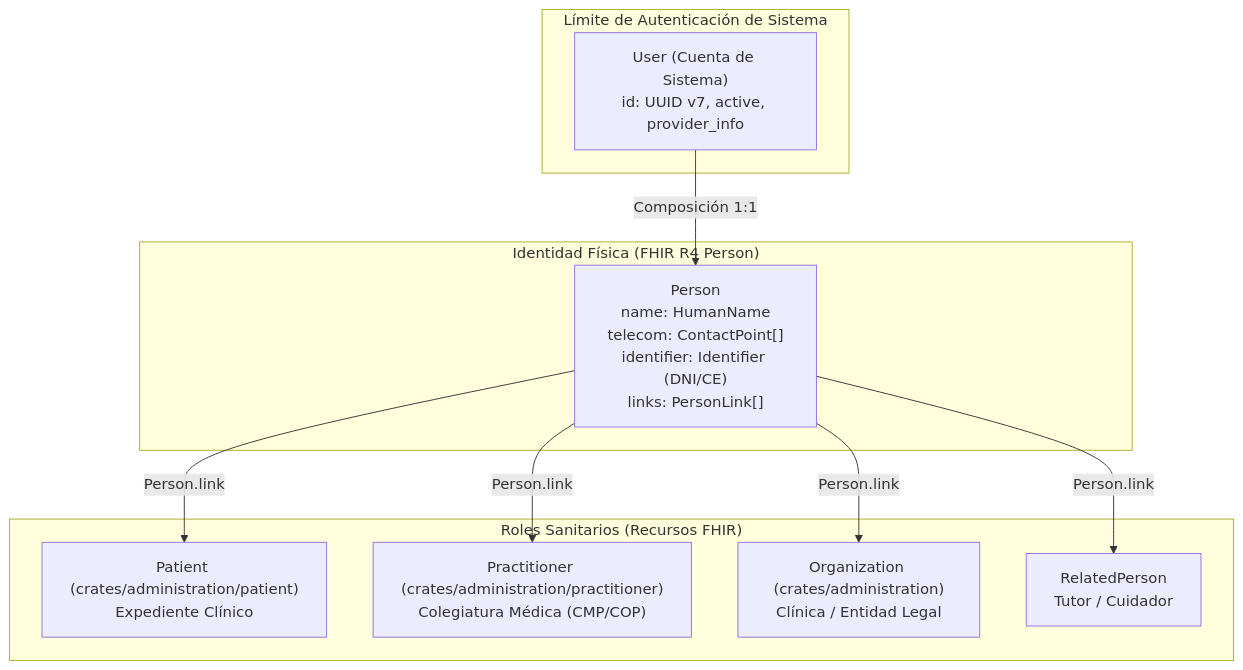
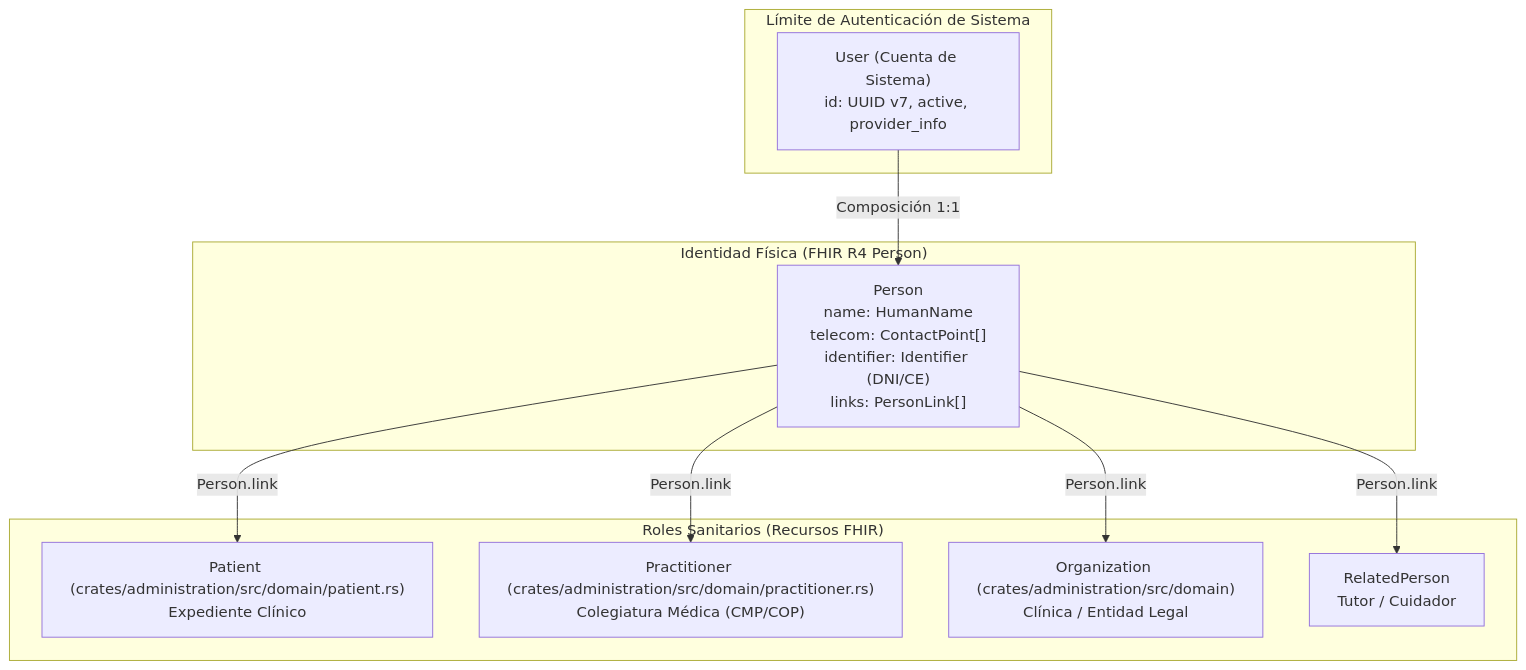
Before and after one commit to mamba-black/my-health-record: the eighth of 19 diagrams in backend/AGENTS.md, drawn with Mermaid. The commit also changed other lines of this file and 18 other files, not shown here.

````diff
--- a/backend/AGENTS.md
+++ b/backend/AGENTS.md
@@ -428,23 +428,23 @@
 ```mermaid
 graph TD
     subgraph auth_boundary["Límite de Autenticación de Sistema"]
         User["User (Cuenta de Sistema)<br/>id: UUID v7, active, provider_info"]
     end
 
     subgraph physical_identity["Identidad Física (FHIR R4 Person)"]
         Person["Person<br/>name: HumanName<br/>telecom: ContactPoint[]<br/>identifier: Identifier (DNI/CE)<br/>links: PersonLink[]"]
     end
 
     subgraph healthcare_roles["Roles Sanitarios (Recursos FHIR)"]
-        Patient["Patient (crates/administration/patient)<br/>Expediente Clínico"]
-        Practitioner["Practitioner (crates/administration/practitioner)<br/>Colegiatura Médica (CMP/COP)"]
-        Organization["Organization (crates/administration)<br/>Clínica / Entidad Legal"]
+        Patient["Patient (crates/administration/src/domain/patient.rs)<br/>Expediente Clínico"]
+        Practitioner["Practitioner (crates/administration/src/domain/practitioner.rs)<br/>Colegiatura Médica (CMP/COP)"]
+        Organization["Organization (crates/administration/src/domain)<br/>Clínica / Entidad Legal"]
         RelatedPerson["RelatedPerson<br/>Tutor / Cuidador"]
     end
 
     User -->|Composición 1:1| Person
     Person -->|Person.link| Patient
     Person -->|Person.link| Practitioner
     Person -->|Person.link| Organization
     Person -->|Person.link| RelatedPerson
 ```
````
